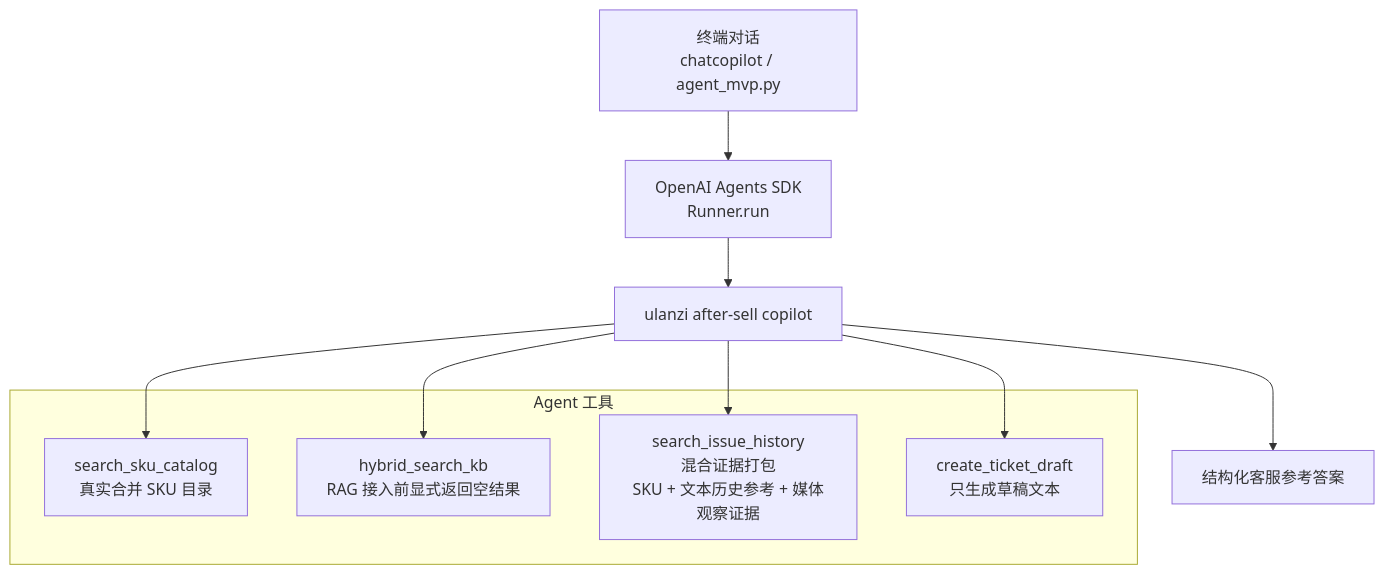
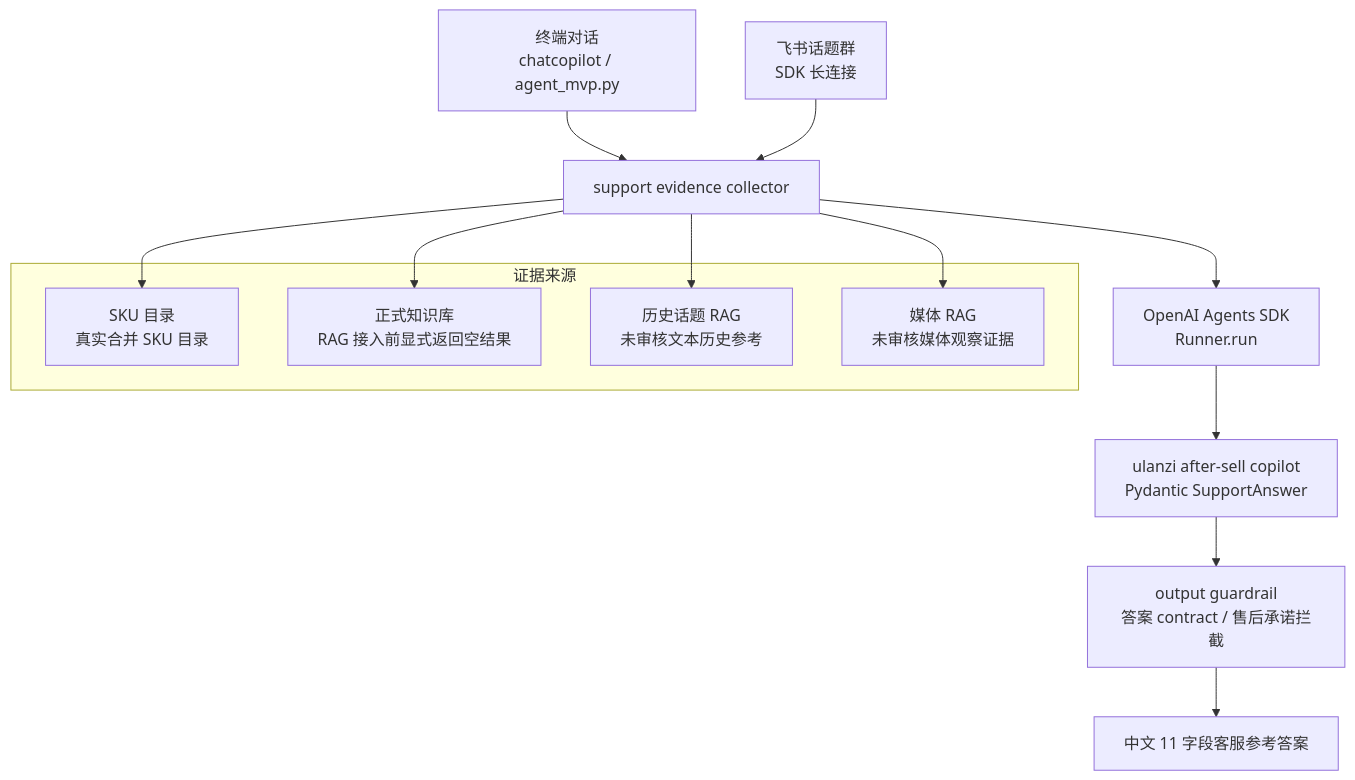
One commit to ccchenhuohuo/after-sale-ai-agent changed the diagram in docs/architecture.md. Above: the diagram before and after it, drawn with Mermaid. The commit also changed other lines of this file and 15 other files, not shown here.

Commit message:
feat: add evidence-first support agent loop

````diff
--- a/docs/architecture.md
+++ b/docs/architecture.md
@@ -13,18 +13,21 @@
 ```mermaid
 flowchart TB
-    terminal["终端对话<br/>chatcopilot / agent_mvp.py"] --> runtime["OpenAI Agents SDK<br/>Runner.run"]
-    runtime --> copilot["ulanzi after-sell copilot"]
+    terminal["终端对话<br/>chatcopilot / agent_mvp.py"] --> evidence["support evidence collector"]
+    feishu["飞书话题群<br/>SDK 长连接"] --> evidence
+    evidence --> runtime["OpenAI Agents SDK<br/>Runner.run"]
+    runtime --> copilot["ulanzi after-sell copilot<br/>Pydantic SupportAnswer"]
 
-    subgraph tools["Agent 工具"]
-        sku["search_sku_catalog<br/>真实合并 SKU 目录"]
-        official["hybrid_search_kb<br/>RAG 接入前显式返回空结果"]
-        history["search_issue_history<br/>混合证据打包<br/>SKU + 文本历史参考 + 媒体观察证据"]
-        ticket["create_ticket_draft<br/>只生成草稿文本"]
+    subgraph evidence_sources["证据来源"]
+        sku["SKU 目录<br/>真实合并 SKU 目录"]
+        official["正式知识库<br/>RAG 接入前显式返回空结果"]
+        history["历史话题 RAG<br/>未审核文本历史参考"]
+        media["媒体 RAG<br/>未审核媒体观察证据"]
     end
 
-    copilot --> sku
-    copilot --> official
-    copilot --> history
-    copilot --> ticket
-    copilot --> answer["结构化客服参考答案"]
+    evidence --> sku
+    evidence --> official
+    evidence --> history
+    evidence --> media
+    copilot --> guardrail["output guardrail<br/>答案 contract / 售后承诺拦截"]
+    guardrail --> answer["中文 11 字段客服参考答案"]
 ```
````
